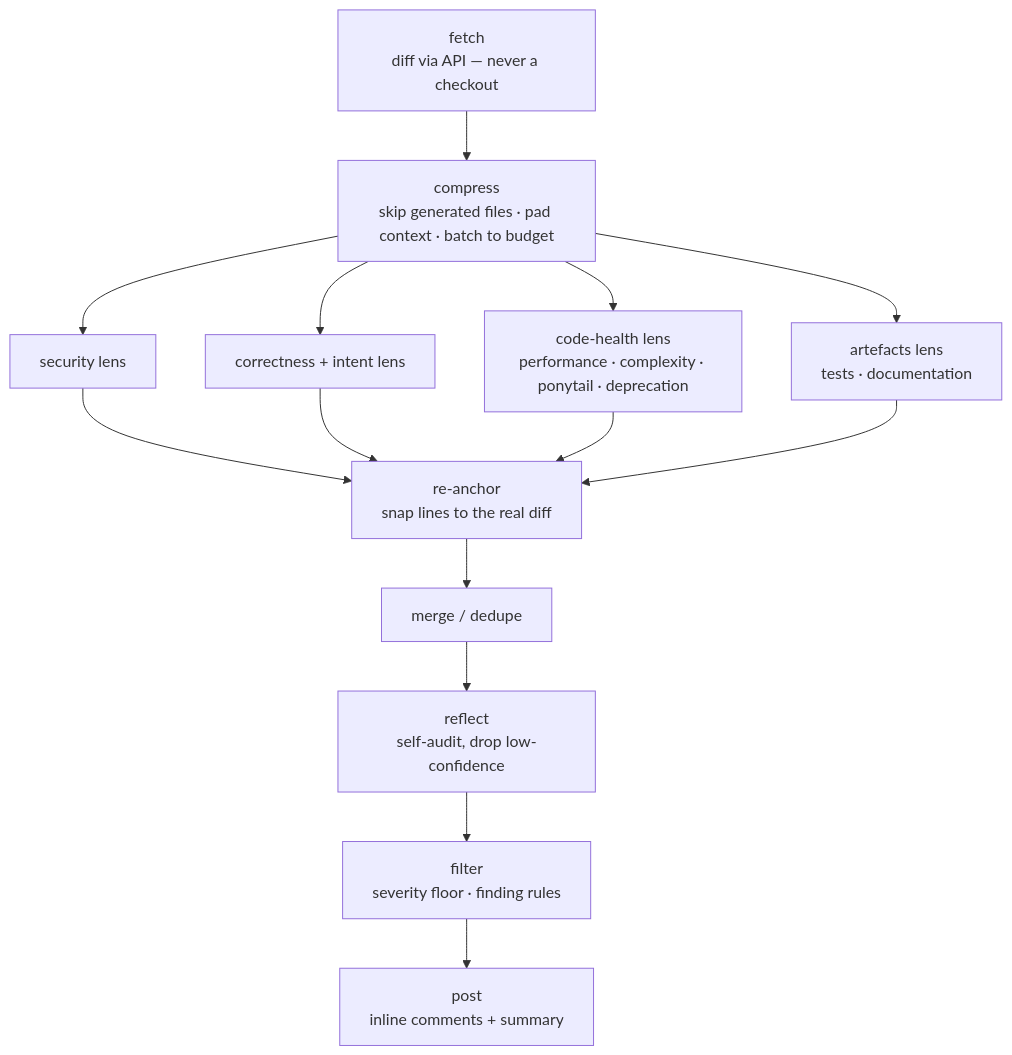
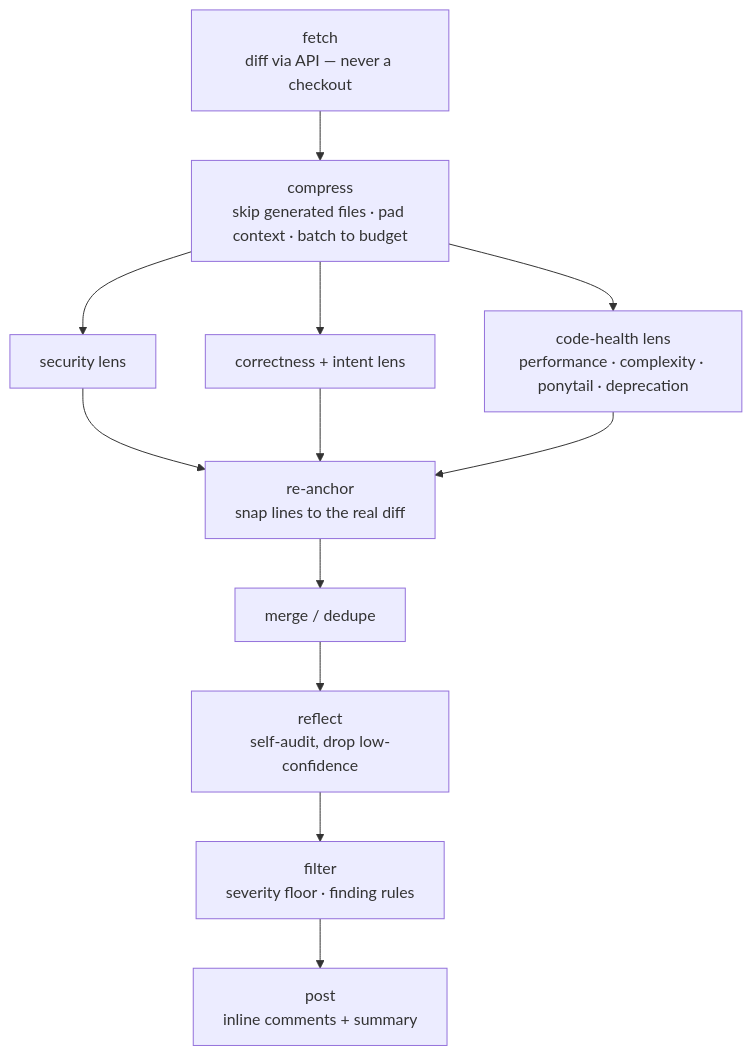
One commit to MattJColes/lgtmaybe changed the second of 2 diagrams in docs/explanation/architecture.md. Above: the diagram before and after it, drawn with Mermaid. The commit also changed other lines of this file and 33 other files, not shown here.

````diff
--- a/docs/explanation/architecture.md
+++ b/docs/explanation/architecture.md
@@ -49,13 +49,11 @@
 ```mermaid
 flowchart TD
     fetch["fetch<br/>diff via API — never a checkout"] --> compress["compress<br/>skip generated files · pad context · batch to budget"]
     compress --> security["security lens"]
     compress --> correctness["correctness + intent lens"]
     compress --> codehealth["code-health lens<br/>performance · complexity · ponytail · deprecation"]
-    compress --> artefacts["artefacts lens<br/>tests · documentation"]
     security --> anchor["re-anchor<br/>snap lines to the real diff"]
     correctness --> anchor
     codehealth --> anchor
-    artefacts --> anchor
     anchor --> dedupe["merge / dedupe"] --> reflect["reflect<br/>self-audit, drop low-confidence"] --> filter["filter<br/>severity floor · finding rules"] --> post["post<br/>inline comments + summary"]
 ```
````
